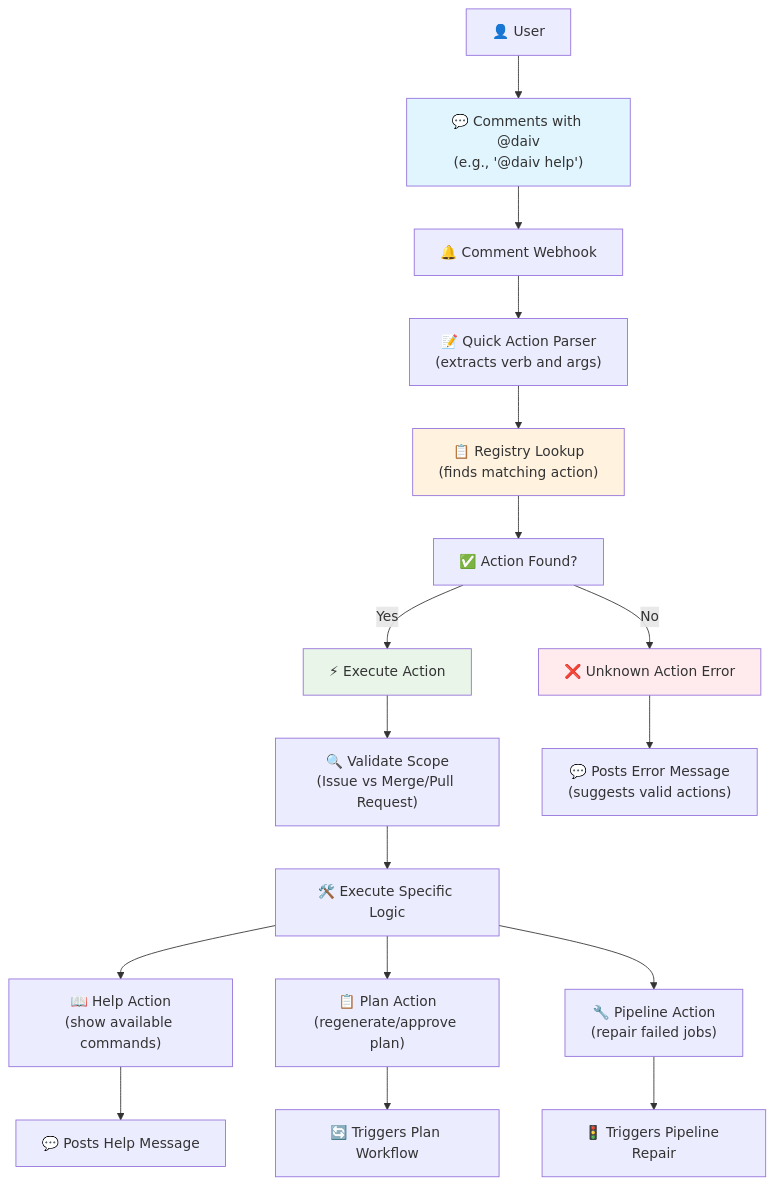
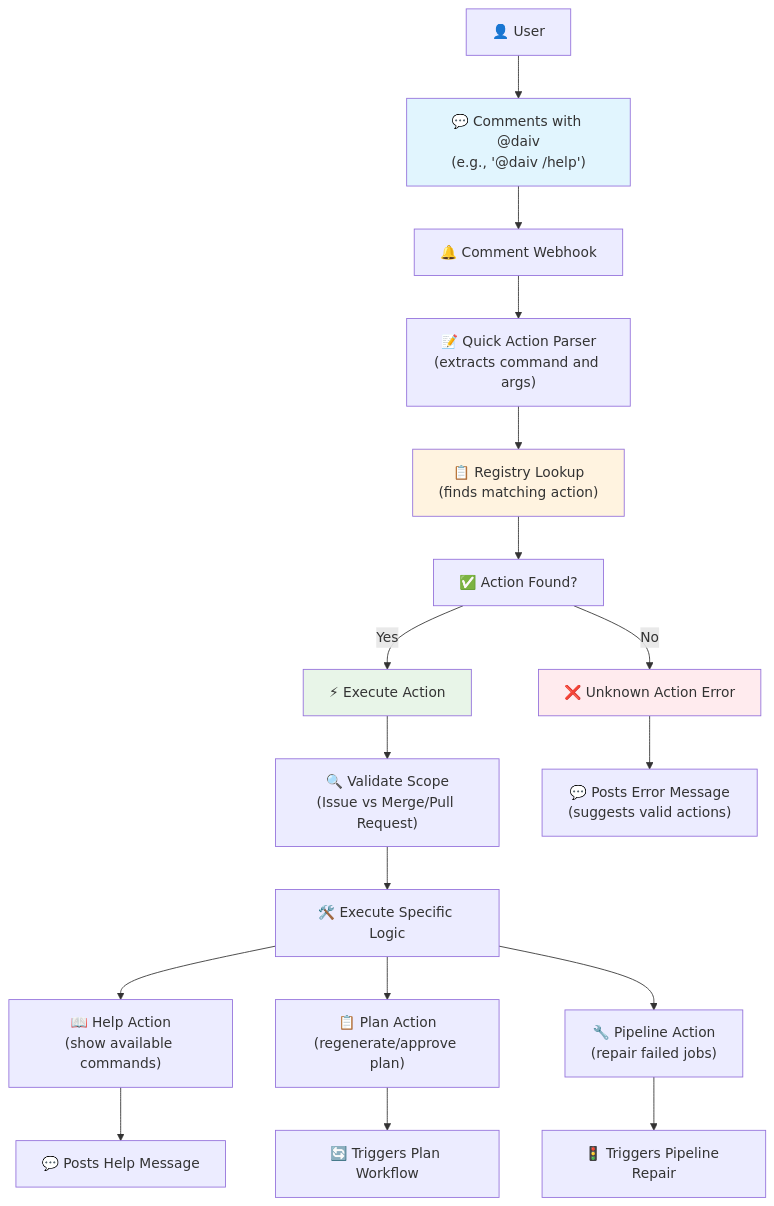
Before and after one commit to srtab/daiv: the diagram in docs/features/quick-actions.md, drawn with Mermaid. The commit also changed other lines of this file and 36 other files, not shown here.

````diff
--- a/docs/features/quick-actions.md
+++ b/docs/features/quick-actions.md
@@ -31,29 +30,29 @@
 ```mermaid
 graph TD
-    A["👤 User"] --> B["💬 Comments with @daiv<br/>(e.g., '@daiv help')"]
+    A["👤 User"] --> B["💬 Comments with @daiv<br/>(e.g., '@daiv /help')"]
     B --> C["🔔 Comment Webhook"]
-    C --> D["📝 Quick Action Parser<br/>(extracts verb and args)"]
+    C --> D["📝 Quick Action Parser<br/>(extracts command and args)"]
     D --> E["📋 Registry Lookup<br/>(finds matching action)"]
 
     E --> F["✅ Action Found?"]
     F -->|Yes| G["⚡ Execute Action"]
     F -->|No| H["❌ Unknown Action Error"]
 
     G --> I["🔍 Validate Scope<br/>(Issue vs Merge/Pull Request)"]
     I --> J["🛠️ Execute Specific Logic"]
 
     J --> K["📖 Help Action<br/>(show available commands)"]
     J --> L["📋 Plan Action<br/>(regenerate/approve plan)"]
     J --> M["🔧 Pipeline Action<br/>(repair failed jobs)"]
 
     K --> N["💬 Posts Help Message"]
     L --> O["🔄 Triggers Plan Workflow"]
     M --> P["🚦 Triggers Pipeline Repair"]
 
     H --> Q["💬 Posts Error Message<br/>(suggests valid actions)"]
 
     style B fill:#e1f5fe
     style E fill:#fff3e0
     style G fill:#e8f5e8
     style H fill:#ffebee
 ```
````
